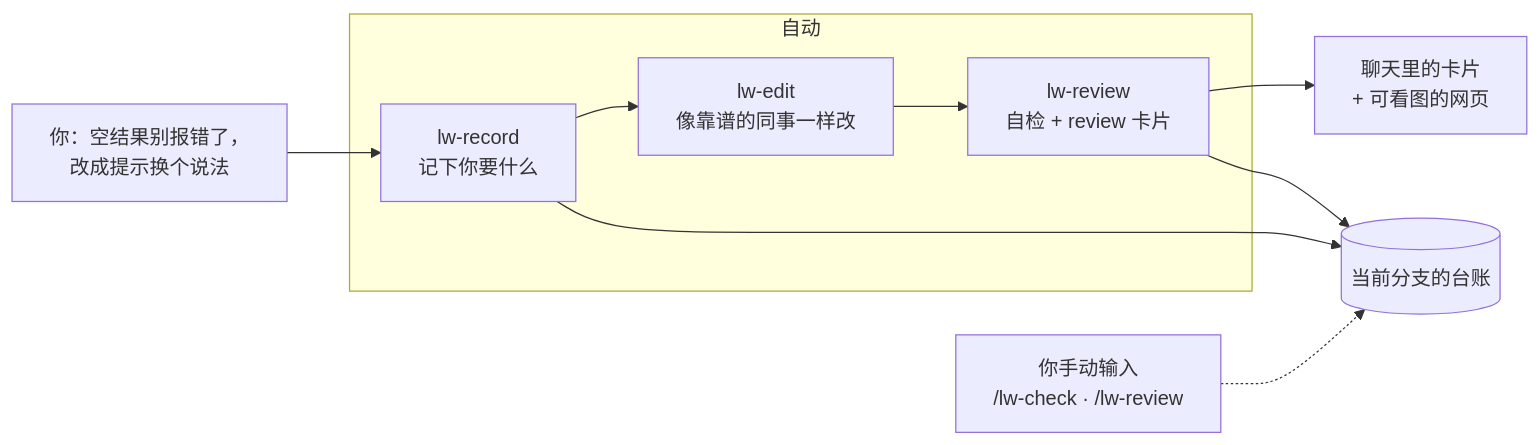
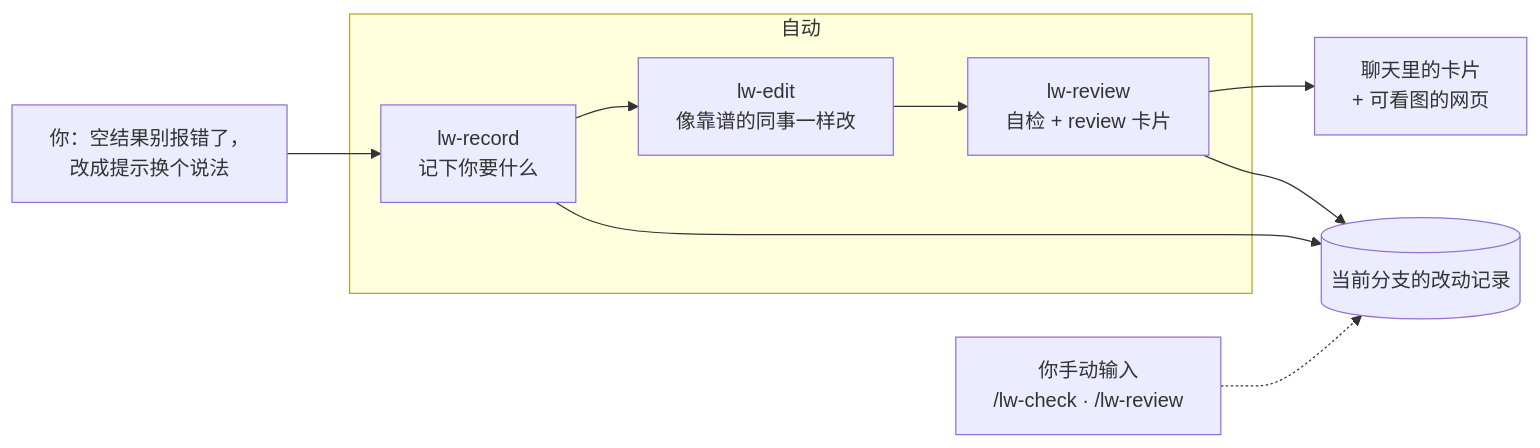
The diagram in README.md (fahcode/ai-light-work), drawn with Mermaid before and after one commit. The commit also changed other lines of this file and 17 other files, not shown here.

````diff
--- a/README.md
+++ b/README.md
@@ -139,13 +139,13 @@
 ```mermaid
 flowchart LR
   U["你：空结果别报错了，<br/>改成提示换个说法"] --> R
   subgraph 自动
     R["lw-record<br/>记下你要什么"]
     E["lw-edit<br/>像靠谱的同事一样改"]
     C["lw-review<br/>自检 + review 卡片"]
     R --> E --> C
   end
   C --> V["聊天里的卡片<br/>+ 可看图的网页"]
-  M["你手动输入<br/>/lw-check · /lw-review"] -.-> L[("当前分支的台账")]
+  M["你手动输入<br/>/lw-check · /lw-review"] -.-> L[("当前分支的改动记录")]
   R & C --> L
 ```
````
